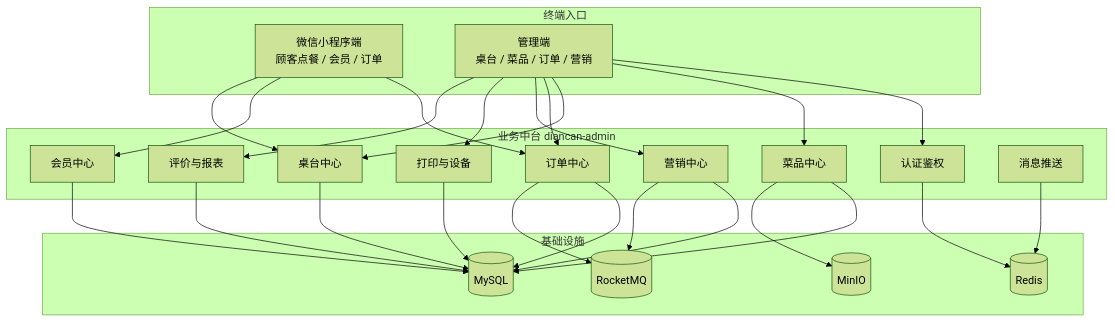
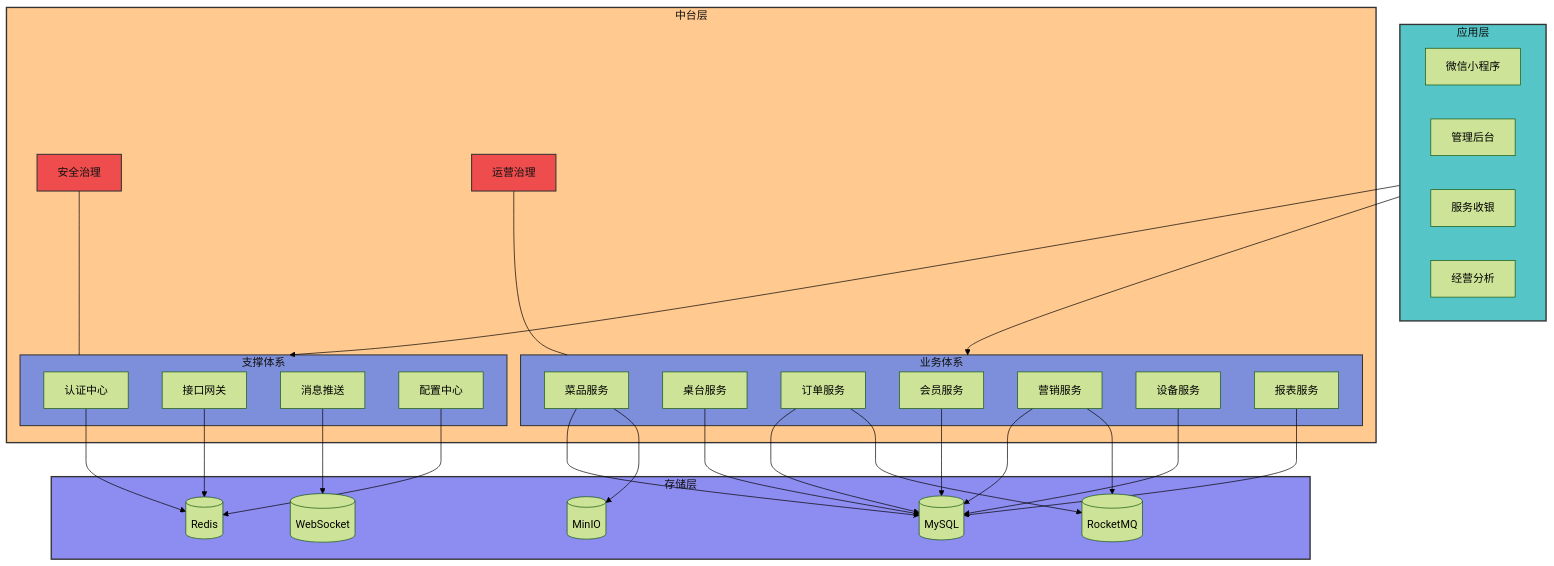
Before and after one commit to meisijiya/DIANCAN-SYSTEM: the first of 3 diagrams in readme.md, drawn with Mermaid (forest theme). The commit also changed other lines of this file and 11 other files, not shown here.

````diff
--- a/readme.md
+++ b/readme.md
@@ -34,50 +34,66 @@
 ```mermaid
 flowchart TB
-    subgraph Client[终端入口]
-        MINI[微信小程序端<br/>顾客点餐 / 会员 / 订单]
-        WEB[管理端<br/>桌台 / 菜品 / 订单 / 营销]
+    subgraph Top[应用层]
+        MINI[微信小程序]
+        WEB[管理后台]
+        SERVICE[服务收银]
+        BI[经营分析]
     end
 
-    subgraph Server[业务中台 diancan-admin]
-        AUTH[认证鉴权]
-        DISH[菜品中心]
-        TABLE[桌台中心]
-        ORDER[订单中心]
-        MEMBER[会员中心]
-        MKT[营销中心]
-        DEVICE[打印与设备]
-        REPORT[评价与报表]
-        MSG[消息推送]
+    subgraph Center[中台层]
+        SAFE[安全治理]
+        OPSM[运营治理]
+
+        subgraph Platform[支撑体系]
+            AUTH[认证中心]
+            GATEWAY[接口网关]
+            SOCKET[消息推送]
+            CONFIG[配置中心]
+        end
+
+        subgraph Core[业务体系]
+            DISH[菜品服务]
+            TABLE[桌台服务]
+            ORDER[订单服务]
+            MEMBER[会员服务]
+            MKT[营销服务]
+            DEVICE[设备服务]
+            REPORT[报表服务]
+        end
     end
 
-    subgraph Infra[基础设施]
+    subgraph Bottom[存储层]
         MYSQL[(MySQL)]
         REDIS[(Redis)]
         MQ[(RocketMQ)]
         MINIO[(MinIO)]
+        WS[(WebSocket)]
     end
 
-    MINI --> ORDER
-    MINI --> MEMBER
-    MINI --> TABLE
-    WEB --> AUTH
-    WEB --> DISH
-    WEB --> TABLE
-    WEB --> ORDER
-    WEB --> MKT
-    WEB --> DEVICE
-    WEB --> REPORT
-
+    Top --> Platform
+    Top --> Core
+    SAFE --- Platform
+    OPSM --- Core
     AUTH --> REDIS
+    GATEWAY --> REDIS
+    SOCKET --> WS
+    CONFIG --> REDIS
     DISH --> MYSQL
     DISH --> MINIO
     TABLE --> MYSQL
     ORDER --> MYSQL
     ORDER --> MQ
     MEMBER --> MYSQL
     MKT --> MYSQL
     MKT --> MQ
     DEVICE --> MYSQL
     REPORT --> MYSQL
-    MSG --> REDIS
+
+    style Top fill:#55c5c7,stroke:#333,stroke-width:2px,color:#111
+    style Center fill:#ffc98f,stroke:#333,stroke-width:2px,color:#111
+    style Bottom fill:#8d8cf0,stroke:#333,stroke-width:2px,color:#111
+    style Platform fill:#7d8fda,stroke:#333,stroke-width:1.5px,color:#111
+    style Core fill:#7d8fda,stroke:#333,stroke-width:1.5px,color:#111
+    style SAFE fill:#ef4d4d,stroke:#333,stroke-width:1.5px,color:#111
+    style OPSM fill:#ef4d4d,stroke:#333,stroke-width:1.5px,color:#111
 ```
````
